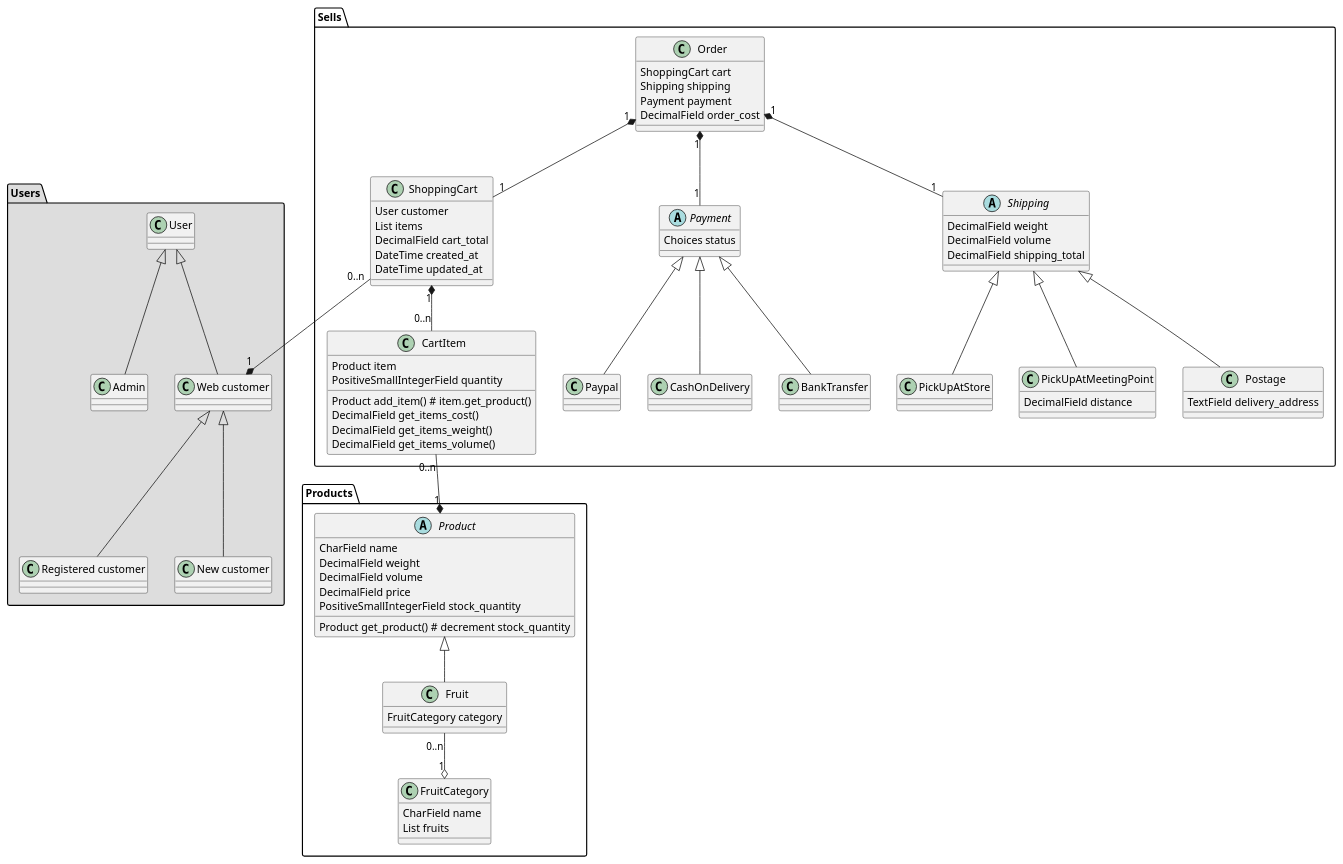
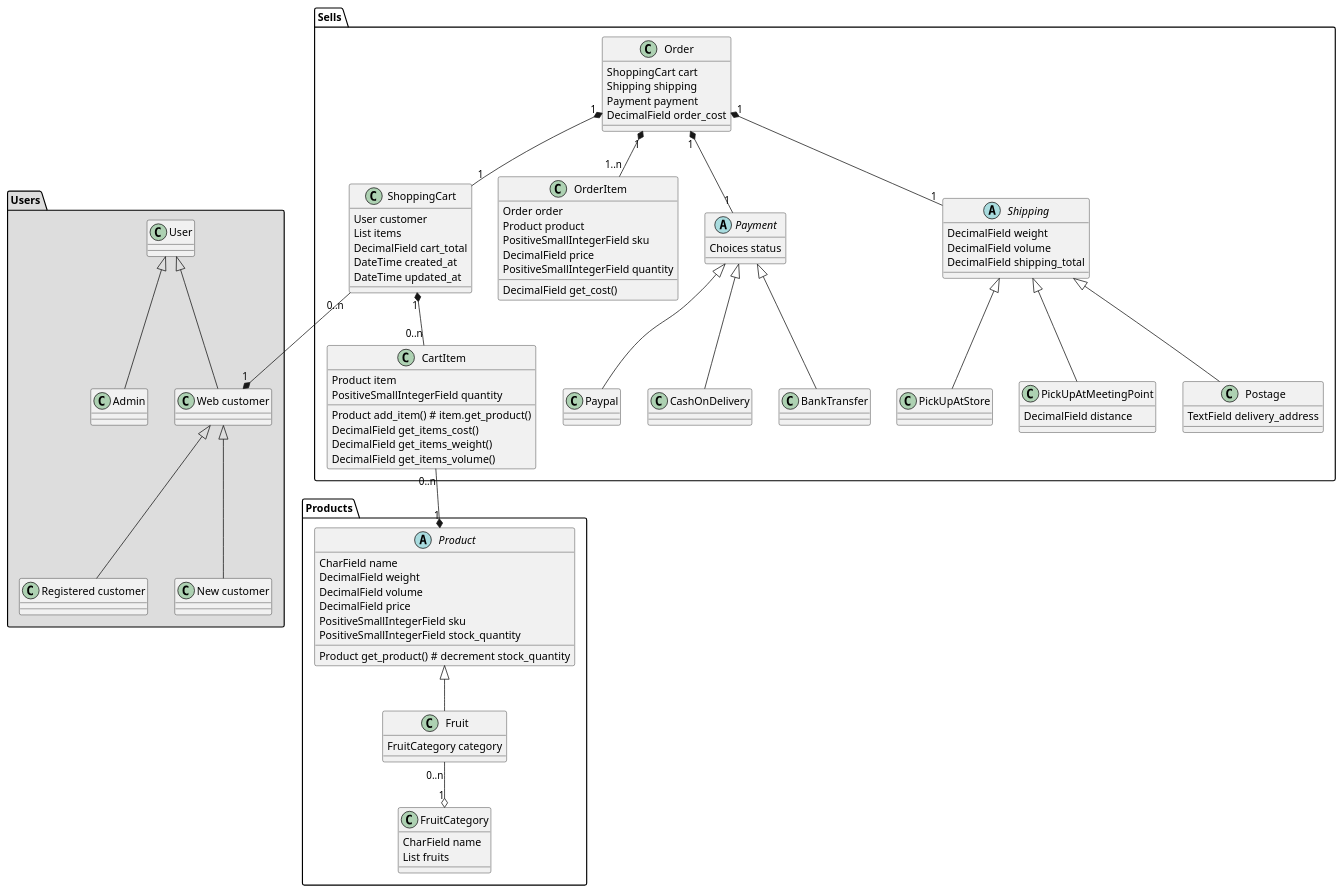
One commit to diogogomes77/django-fruit-shop changed the diagram in docs/class_diagram.puml. Above: the diagram before and after it, drawn with PlantUML.

Commit message:
added OrderItem to class diagram

```diff
--- a/docs/class_diagram.puml
+++ b/docs/class_diagram.puml
@@ -1,92 +1,102 @@
 @startuml
 
 package "Users" #DDDDDD {
     class "User" as user
     class "Web customer" as wc
     class "Registered customer" as rc
     class "New customer" as nc
     class "Admin" as admin
     user <|-- admin
     user <|-- wc
     wc <|-- nc
     wc <|-- rc
 }
 
 package Products {
     abstract class Product {
         CharField name
         DecimalField weight
         DecimalField volume
         DecimalField price
+        PositiveSmallIntegerField sku
         PositiveSmallIntegerField stock_quantity
         Product get_product() # decrement stock_quantity
     }
     class Fruit extends Product {
         FruitCategory category
     }
     class FruitCategory {
         CharField name
         List fruits
     }
     Fruit "0..n" --o "1" FruitCategory
 }
 
 package Sells {
     class ShoppingCart {
         User customer
         List items
         DecimalField cart_total
         DateTime created_at
         DateTime updated_at
     }
     ShoppingCart "0..n" --* "1" wc
     class CartItem {
         Product item
         PositiveSmallIntegerField quantity
 
         Product add_item() # item.get_product()
         DecimalField get_items_cost()
         DecimalField get_items_weight()
         DecimalField get_items_volume()
     }
     class Order {
         ShoppingCart cart
         Shipping shipping
         Payment payment
         DecimalField order_cost
     }
+    class OrderItem {
+        Order order
+        Product product
+        PositiveSmallIntegerField sku
+        DecimalField price
+        PositiveSmallIntegerField quantity
+        DecimalField get_cost()
+    }
     abstract class Payment {
         Choices status
     }
     class Paypal extends Payment {
     }
     class CashOnDelivery extends Payment {
     }
     class BankTransfer extends Payment {
     }
     abstract class Shipping {
         DecimalField weight
         DecimalField volume
         DecimalField shipping_total
     }
     class PickUpAtStore extends Shipping{
     }
     class PickUpAtMeetingPoint extends Shipping{
         DecimalField distance
     }
     class Postage extends Shipping{
         TextField delivery_address
     }
 
 
 
   ShoppingCart "1" *-- "0..n" CartItem
   Order "1" *-- "1" ShoppingCart
   Order "1" *-- "1" Payment
   Order "1" *-- "1" Shipping
+  Order "1" *-- "1..n" OrderItem
 
   CartItem "0..n" --* "1" Product
 
 }
 
 @enduml
```
